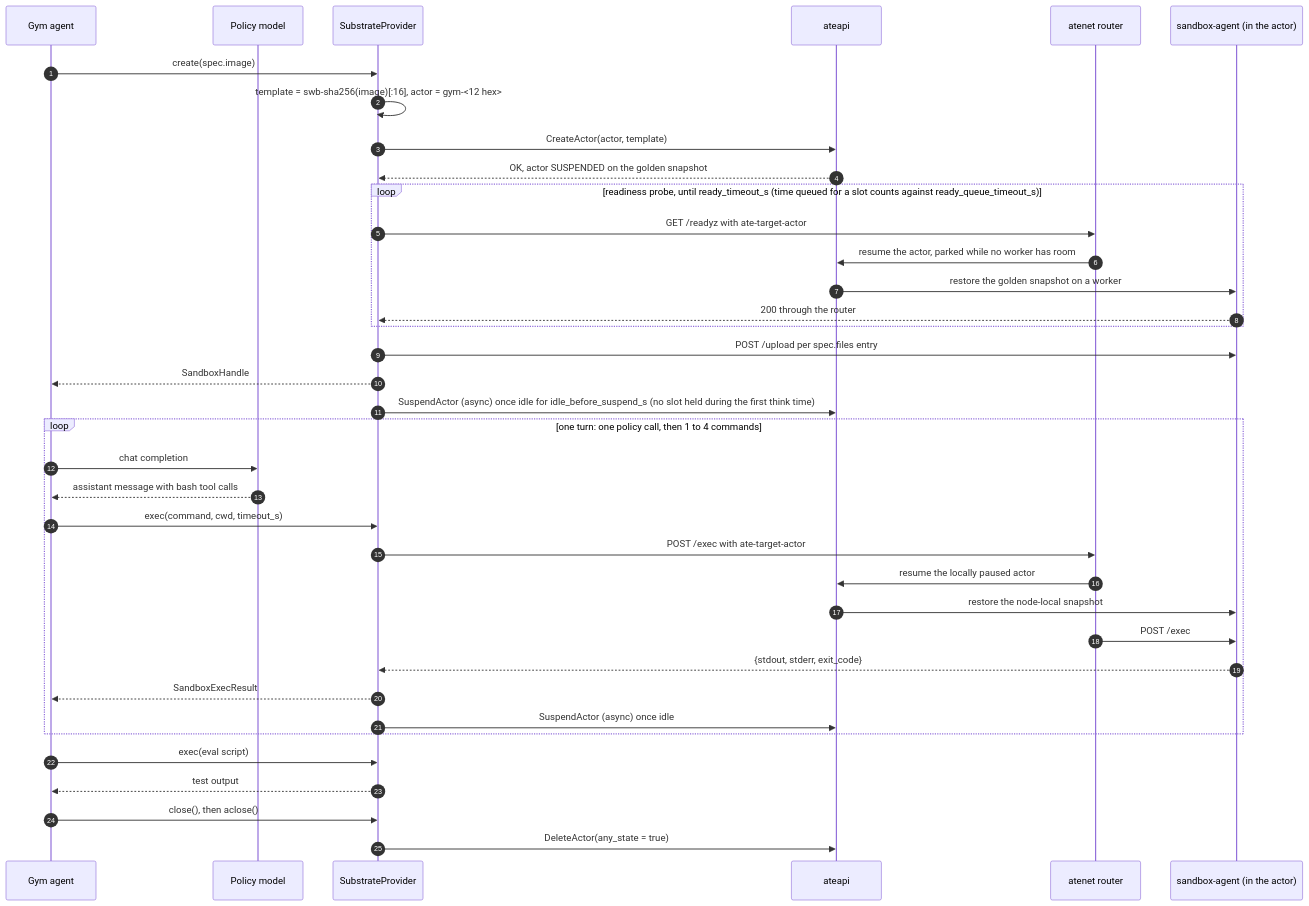
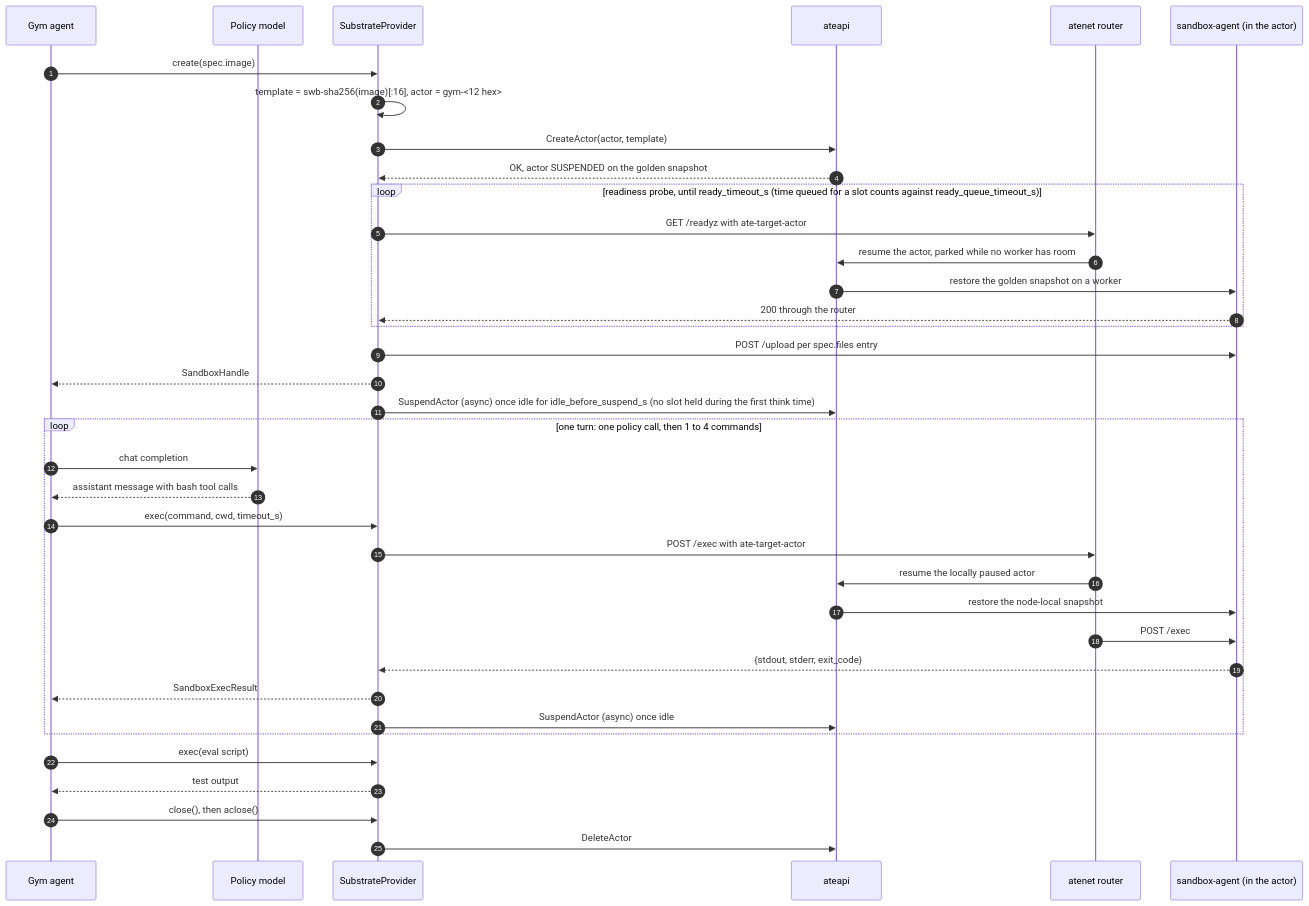
One commit to dims/gym-substrate changed the third of 8 diagrams in docs/architecture.md. Above: the diagram before and after it, drawn with Mermaid. The commit also changed other lines of this file and 8 other files, not shown here.

````diff
--- a/docs/architecture.md
+++ b/docs/architecture.md
@@ -119,42 +119,42 @@
 ```mermaid
 sequenceDiagram
   autonumber
   participant G as Gym agent
   participant M as Policy model
   participant P as SubstrateProvider
   participant A as ateapi
   participant R as atenet router
   participant S as sandbox-agent (in the actor)
 
   G->>P: create(spec.image)
   P->>P: template = swb-sha256(image)[:16], actor = gym-<12 hex>
   P->>A: CreateActor(actor, template)
   A-->>P: OK, actor SUSPENDED on the golden snapshot
   loop readiness probe, until ready_timeout_s (time queued for a slot counts against ready_queue_timeout_s)
     P->>R: GET /readyz with ate-target-actor
     R->>A: resume the actor, parked while no worker has room
     A->>S: restore the golden snapshot on a worker
     S-->>P: 200 through the router
   end
   P->>S: POST /upload per spec.files entry
   P-->>G: SandboxHandle
   P->>A: SuspendActor (async) once idle for idle_before_suspend_s (no slot held during the first think time)
 
   loop one turn: one policy call, then 1 to 4 commands
     G->>M: chat completion
     M-->>G: assistant message with bash tool calls
     G->>P: exec(command, cwd, timeout_s)
     P->>R: POST /exec with ate-target-actor
     R->>A: resume the locally paused actor
     A->>S: restore the node-local snapshot
     R->>S: POST /exec
     S-->>P: {stdout, stderr, exit_code}
     P-->>G: SandboxExecResult
     P->>A: SuspendActor (async) once idle
   end
 
   G->>P: exec(eval script)
   P-->>G: test output
   G->>P: close(), then aclose()
-  P->>A: DeleteActor(any_state = true)
+  P->>A: DeleteActor
 ```
````
